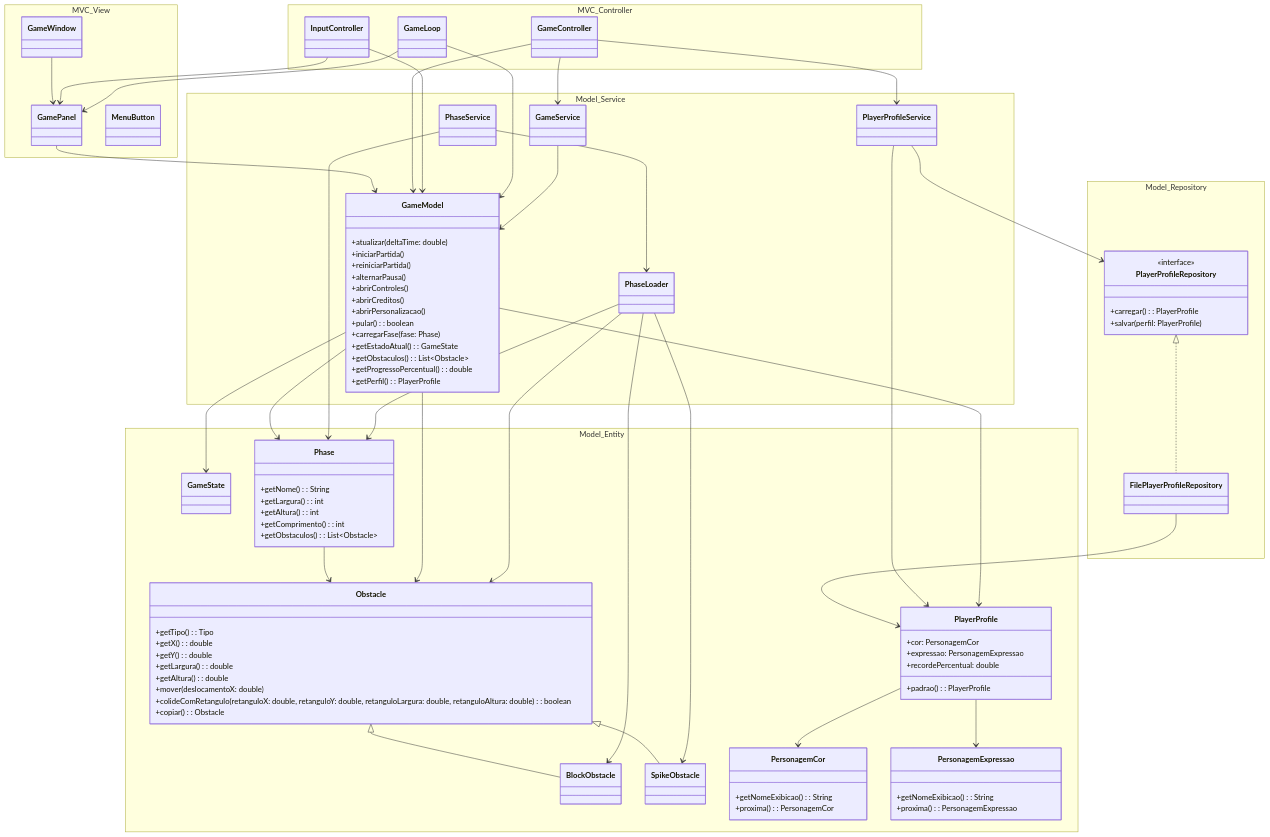
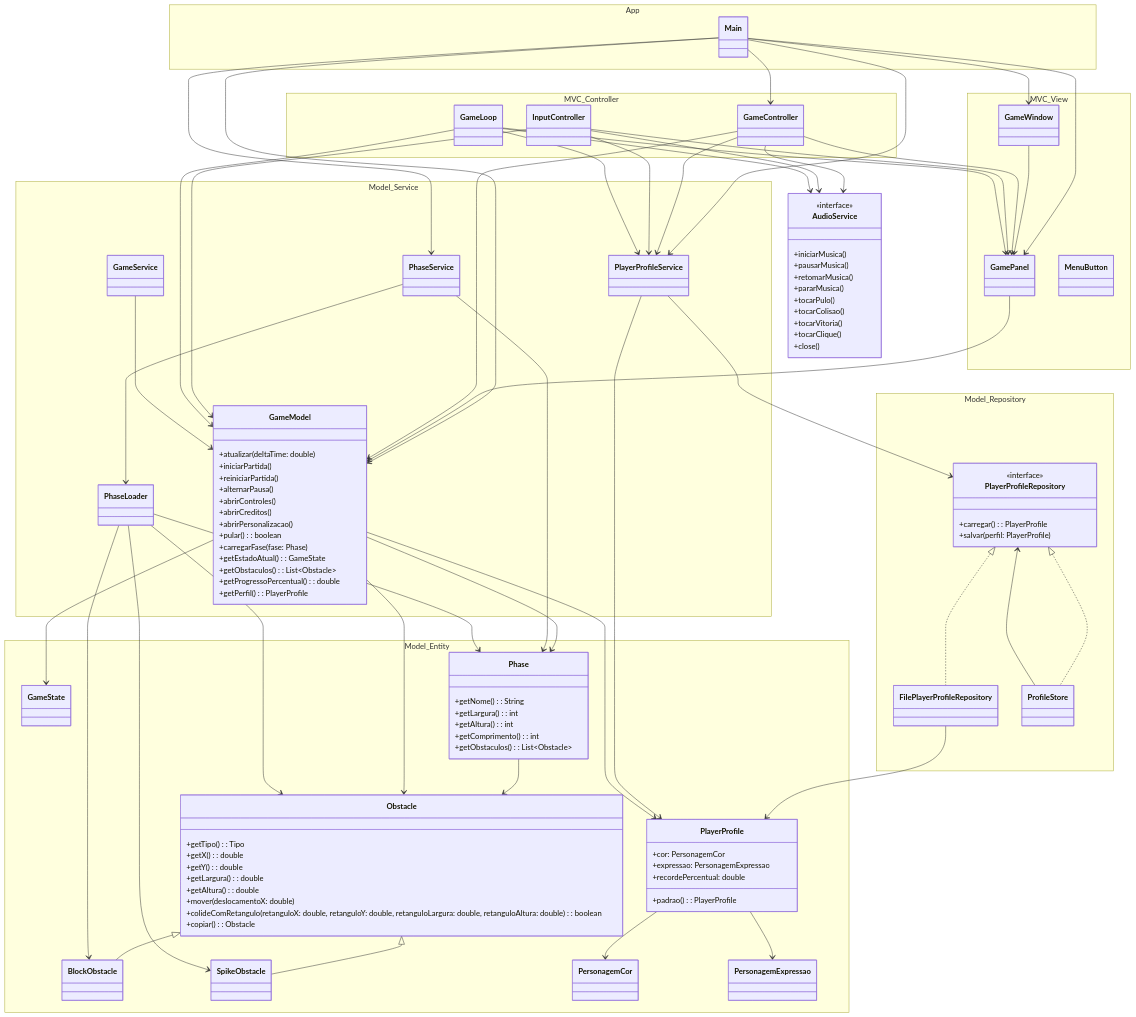
Before and after one commit to gabrielcamargogsilva/Geometry-Dash-POO: the diagram in docs/arquitetura/diagrama-classes.md, drawn with Mermaid. The commit also changed 7 other files, not shown here.

````diff
--- a/docs/arquitetura/diagrama-classes.md
+++ b/docs/arquitetura/diagrama-classes.md
@@ -44,15 +44,8 @@
             +padrao(): PlayerProfile
         }
 
-        class PersonagemCor {
-            +getNomeExibicao(): String
-            +proxima(): PersonagemCor
-        }
-
-        class PersonagemExpressao {
-            +getNomeExibicao(): String
-            +proxima(): PersonagemExpressao
-        }
+        class PersonagemCor
+        class PersonagemExpressao
     }
 
     namespace Model_Repository {
@@ -63,6 +56,7 @@
         }
 
         class FilePlayerProfileRepository
+        class ProfileStore
     }
 
     namespace Model_Service {
@@ -88,15 +82,32 @@
         class PhaseLoader
     }
 
+    namespace App {
+        class Main
+    }
+
+    Main --> GameModel
+    Main --> PhaseService
+    Main --> PlayerProfileService
+    Main --> GameController
+    Main --> GamePanel
+    Main --> GameWindow
+
     GameWindow --> GamePanel
     GamePanel --> GameModel
+
     GameController --> GameModel
-    GameController --> GameService
+    GameController --> GamePanel
+    GameController --> AudioService
     GameController --> PlayerProfileService
     InputController --> GameModel
     InputController --> GamePanel
+    InputController --> AudioService
+    InputController --> PlayerProfileService
     GameLoop --> GameModel
     GameLoop --> GamePanel
+    GameLoop --> AudioService
+    GameLoop --> PlayerProfileService
 
     Obstacle <|-- BlockObstacle
     Obstacle <|-- SpikeObstacle
@@ -105,13 +116,17 @@
     PlayerProfile --> PersonagemExpressao
 
     PlayerProfileRepository <|.. FilePlayerProfileRepository
+    PlayerProfileRepository <|.. ProfileStore
     FilePlayerProfileRepository --> PlayerProfile
+    ProfileStore --> PlayerProfileRepository
     PlayerProfileService --> PlayerProfileRepository
     PlayerProfileService --> PlayerProfile
+
     GameModel --> Phase
     GameModel --> Obstacle
     GameModel --> GameState
     GameModel --> PlayerProfile
+
     GameService --> GameModel
     PhaseService --> PhaseLoader
     PhaseService --> Phase
@@ -119,4 +134,17 @@
     PhaseLoader --> Obstacle
     PhaseLoader --> BlockObstacle
     PhaseLoader --> SpikeObstacle
+
+    class AudioService {
+        <<interface>>
+        +iniciarMusica()
+        +pausarMusica()
+        +retomarMusica()
+        +pararMusica()
+        +tocarPulo()
+        +tocarColisao()
+        +tocarVitoria()
+        +tocarClique()
+        +close()
+    }
 ```
````
